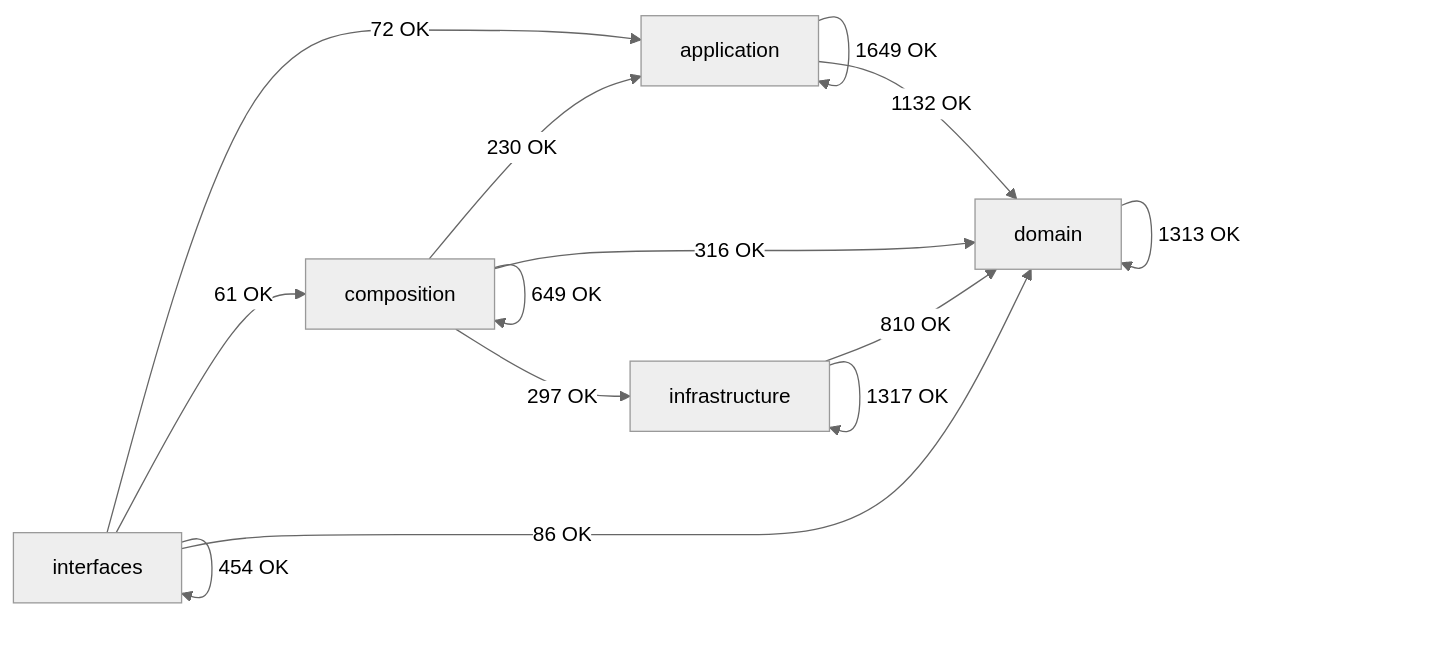
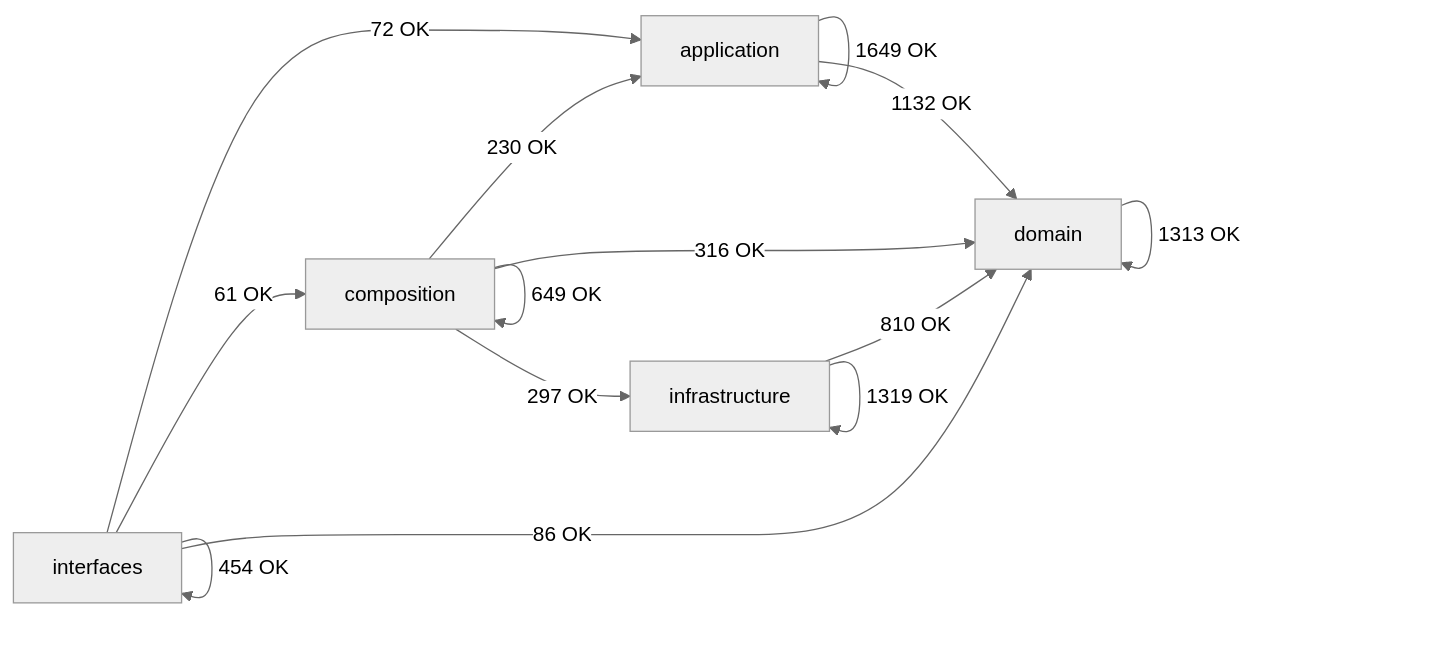
One commit to SatoryKono/BioactivityDataAcquisition changed the diagram in docs/02-architecture/generated/module-dependency-map.md. Above: the diagram before and after it, drawn with Mermaid (neutral theme). The commit also changed other lines of this file and 19 other files, not shown here.

````diff
--- a/docs/02-architecture/generated/module-dependency-map.md
+++ b/docs/02-architecture/generated/module-dependency-map.md
@@ -17,21 +17,21 @@
 ```mermaid
 flowchart LR
     domain[domain]
     application[application]
     infrastructure[infrastructure]
     composition[composition]
     interfaces[interfaces]
     application -->|1649 OK| application
     application -->|1132 OK| domain
     composition -->|230 OK| application
     composition -->|649 OK| composition
     composition -->|316 OK| domain
     composition -->|297 OK| infrastructure
     domain -->|1313 OK| domain
     infrastructure -->|810 OK| domain
-    infrastructure -->|1317 OK| infrastructure
+    infrastructure -->|1319 OK| infrastructure
     interfaces -->|72 OK| application
     interfaces -->|61 OK| composition
     interfaces -->|86 OK| domain
     interfaces -->|454 OK| interfaces
 ```
````
